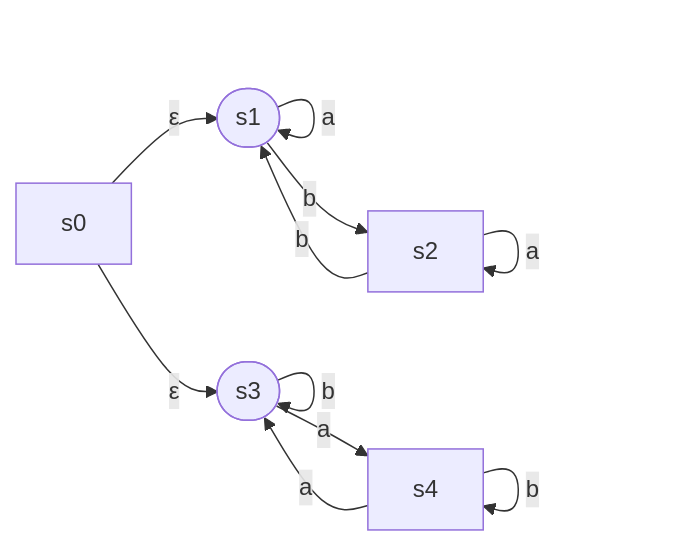
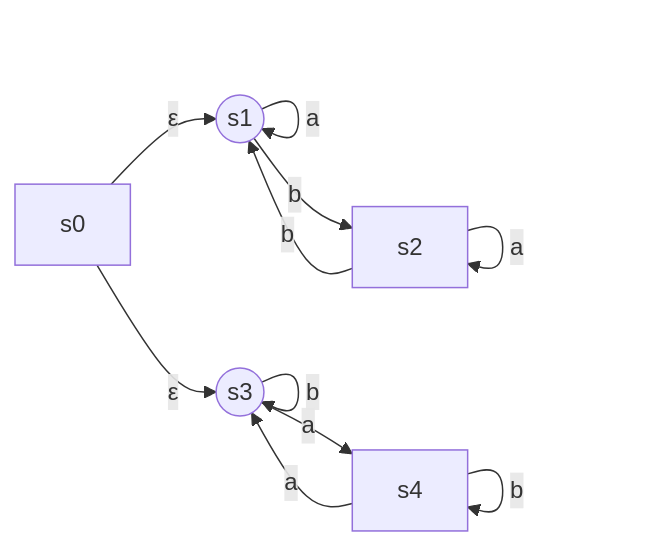
The first of 5 diagrams in _posts/2020-04-28-编译原理（二）.md (erennere/erennere.github.io), drawn with Mermaid before and after one commit. The commit also changed other lines of this file and 615 other files, not shown here.

````diff
--- a/_posts/2020-04-28-编译原理（二）.md
+++ b/_posts/2020-04-28-编译原理（二）.md
@@ -11,15 +10,15 @@
 ```mermaid
-flowchart LR
-s0--"#epsilon;"-->s1
+graph LR
+s0--ε-->s1
 s1--a-->s1
 s1--b-->s2
 s2--a-->s2
 s2--b-->s1
-s0--"#epsilon;"-->s3
+s0--ε-->s3
 s3--b-->s3
 s3--a-->s4
 s4--b-->s4
 s4--a-->s3
-s1([s1])
-s3([s3])
+s1((s1))
+s3((s3))
 ```
````
